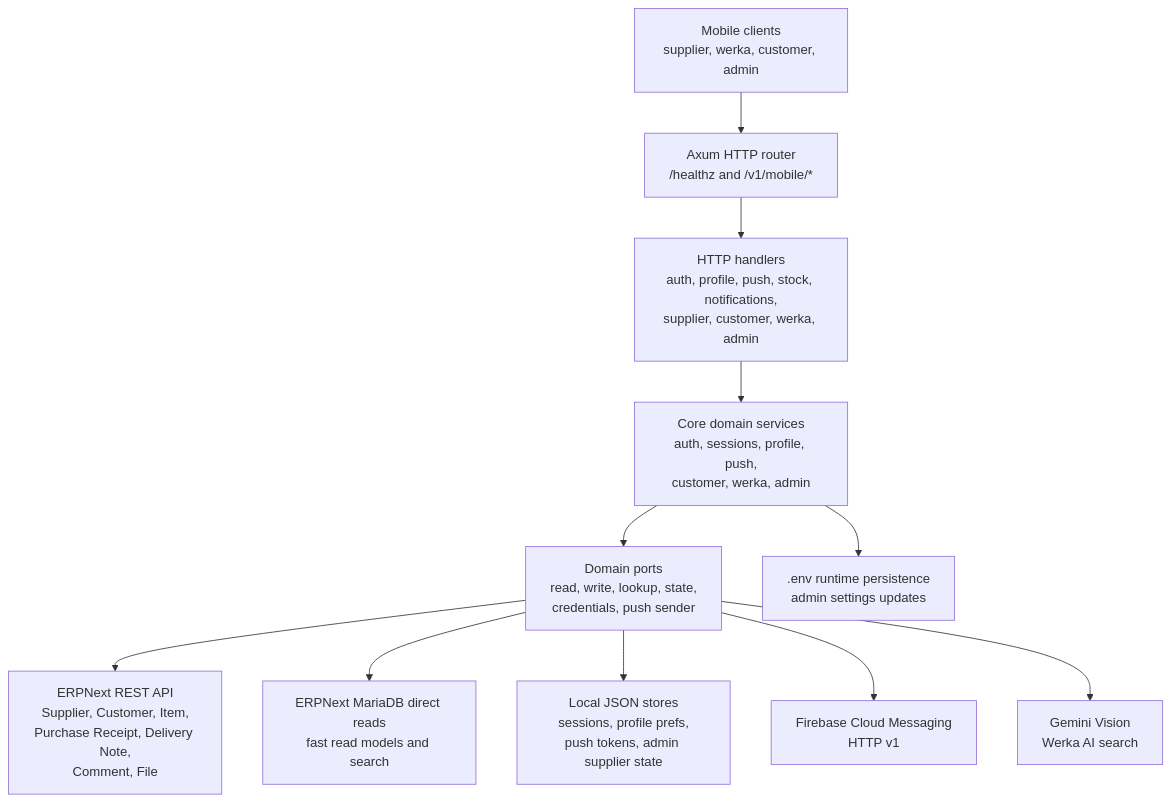
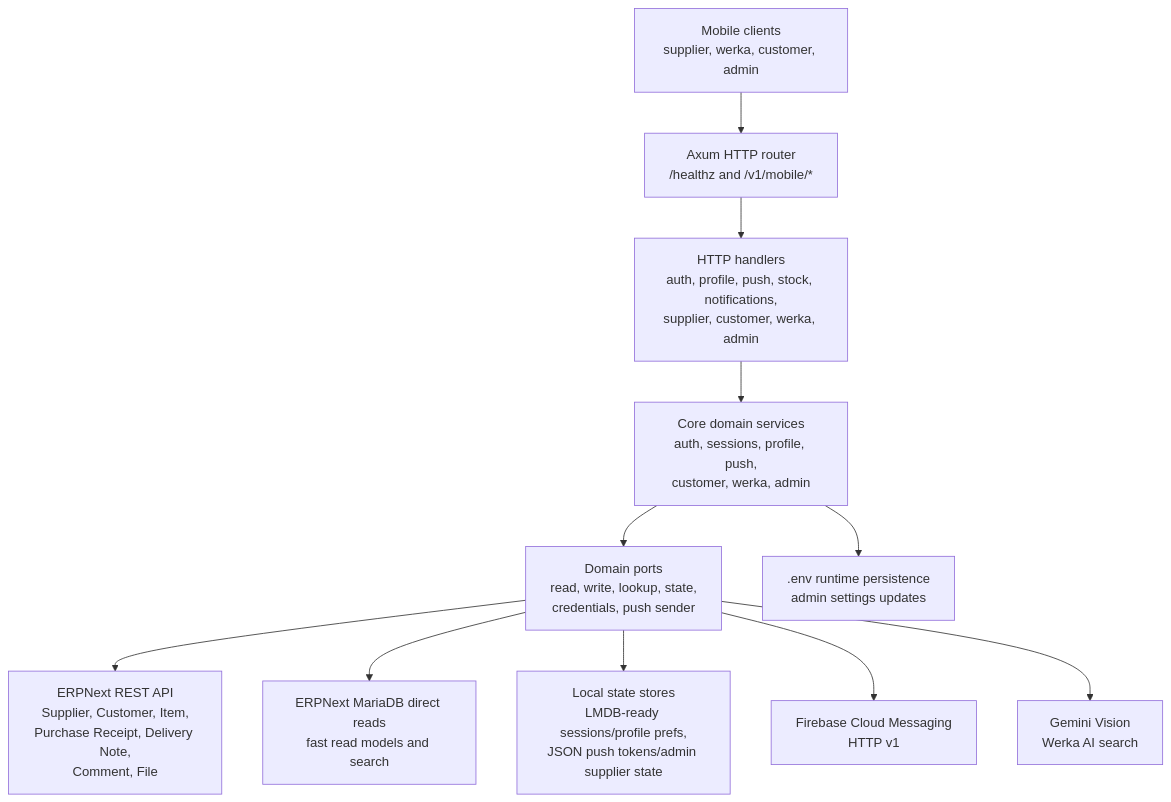
The first of 2 diagrams in README.md (WIKKIwk/accord_mobile_server_rs), drawn with Mermaid before and after one commit. The commit also changed other lines of this file and 3 other files, not shown here.

Commit message:
Add optional LMDB profile store

````diff
--- a/README.md
+++ b/README.md
@@ -82,26 +82,26 @@
 ```mermaid
 flowchart TB
     Mobile[Mobile clients<br/>supplier, werka, customer, admin]
     HTTP[Axum HTTP router<br/>/healthz and /v1/mobile/*]
     Handlers[HTTP handlers<br/>auth, profile, push, stock, notifications,<br/>supplier, customer, werka, admin]
     Core[Core domain services<br/>auth, sessions, profile, push,<br/>customer, werka, admin]
     Ports[Domain ports<br/>read, write, lookup, state,<br/>credentials, push sender]
 
     ERPNext[ERPNext REST API<br/>Supplier, Customer, Item,<br/>Purchase Receipt, Delivery Note,<br/>Comment, File]
     MariaDB[ERPNext MariaDB direct reads<br/>fast read models and search]
-    JsonStores[Local JSON stores<br/>sessions, profile prefs,<br/>push tokens, admin supplier state]
+    LocalState[Local state stores<br/>LMDB-ready sessions/profile prefs,<br/>JSON push tokens/admin supplier state]
     FCM[Firebase Cloud Messaging<br/>HTTP v1]
     Gemini[Gemini Vision<br/>Werka AI search]
     Env[.env runtime persistence<br/>admin settings updates]
 
     Mobile --> HTTP
     HTTP --> Handlers
     Handlers --> Core
     Core --> Ports
     Ports --> ERPNext
     Ports --> MariaDB
-    Ports --> JsonStores
+    Ports --> LocalState
     Ports --> FCM
     Ports --> Gemini
     Core --> Env
 ```
````
